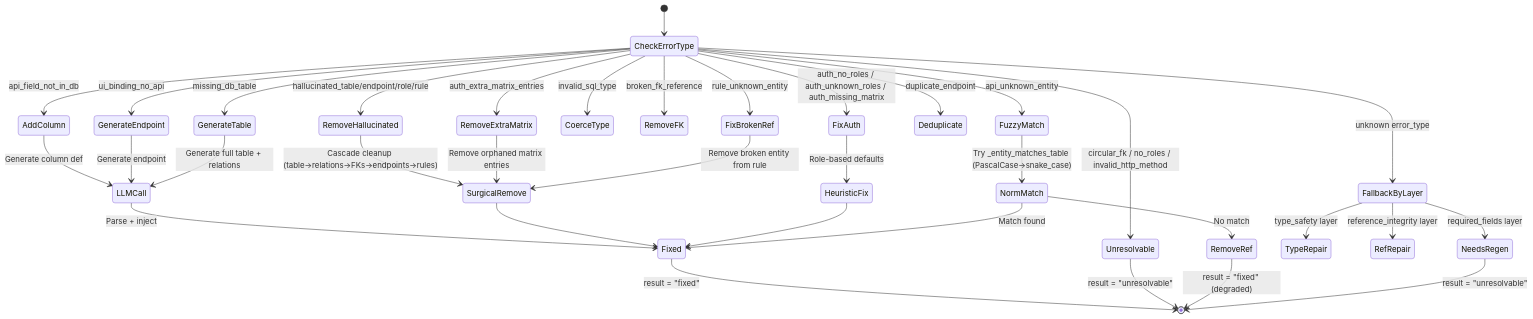
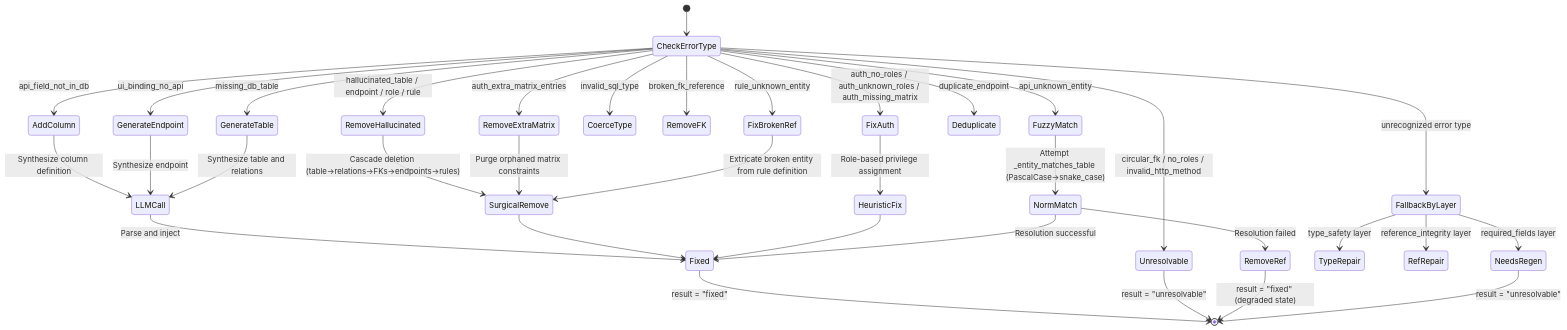
The eighth of 19 diagrams in SOFTWARE_ARCHITECTURE.md (notsooamit/app-compiler), drawn with Mermaid before and after one commit. The commit also changed other lines of this file and 2 other files, not shown here.

Commit message:
Fix Render health check: root route now accepts HEAD requests

````diff
--- a/SOFTWARE_ARCHITECTURE.md
+++ b/SOFTWARE_ARCHITECTURE.md
@@ -409,41 +387,41 @@
 ```mermaid
 stateDiagram-v2
     [*] --> CheckErrorType
 
     CheckErrorType --> AddColumn: api_field_not_in_db
     CheckErrorType --> GenerateEndpoint: ui_binding_no_api
-    CheckErrorType --> RemoveHallucinated: hallucinated_table/endpoint/role/rule
+    CheckErrorType --> RemoveHallucinated: hallucinated_table / endpoint / role / rule
     CheckErrorType --> FixAuth: auth_no_roles / auth_unknown_roles / auth_missing_matrix
     CheckErrorType --> RemoveExtraMatrix: auth_extra_matrix_entries
     CheckErrorType --> CoerceType: invalid_sql_type
     CheckErrorType --> RemoveFK: broken_fk_reference
     CheckErrorType --> GenerateTable: missing_db_table
     CheckErrorType --> FuzzyMatch: api_unknown_entity
     CheckErrorType --> Deduplicate: duplicate_endpoint
     CheckErrorType --> FixBrokenRef: rule_unknown_entity
     CheckErrorType --> Unresolvable: circular_fk / no_roles / invalid_http_method
-    CheckErrorType --> FallbackByLayer: unknown error_type
+    CheckErrorType --> FallbackByLayer: unrecognized error type
 
-    AddColumn --> LLMCall: Generate column def
-    GenerateEndpoint --> LLMCall: Generate endpoint
-    GenerateTable --> LLMCall: Generate full table + relations
-    RemoveHallucinated --> SurgicalRemove: Cascade cleanup (table→relations→FKs→endpoints→rules)
-    FixAuth --> HeuristicFix: Role-based defaults
-    RemoveExtraMatrix --> SurgicalRemove: Remove orphaned matrix entries
-    FuzzyMatch --> NormMatch: Try _entity_matches_table (PascalCase→snake_case)
-    FixBrokenRef --> SurgicalRemove: Remove broken entity from rule
+    AddColumn --> LLMCall: Synthesize column definition
+    GenerateEndpoint --> LLMCall: Synthesize endpoint
+    GenerateTable --> LLMCall: Synthesize table and relations
+    RemoveHallucinated --> SurgicalRemove: Cascade deletion (table→relations→FKs→endpoints→rules)
+    FixAuth --> HeuristicFix: Role-based privilege assignment
+    RemoveExtraMatrix --> SurgicalRemove: Purge orphaned matrix constraints
+    FuzzyMatch --> NormMatch: Attempt _entity_matches_table (PascalCase→snake_case)
+    FixBrokenRef --> SurgicalRemove: Extricate broken entity from rule definition
     
-    LLMCall --> Fixed: Parse + inject
+    LLMCall --> Fixed: Parse and inject
     SurgicalRemove --> Fixed
     HeuristicFix --> Fixed
-    NormMatch --> Fixed: Match found
-    NormMatch --> RemoveRef: No match
+    NormMatch --> Fixed: Resolution successful
+    NormMatch --> RemoveRef: Resolution failed
     FallbackByLayer --> TypeRepair: type_safety layer
     FallbackByLayer --> RefRepair: reference_integrity layer
     FallbackByLayer --> NeedsRegen: required_fields layer
     
     Fixed --> [*]: result = "fixed"
     Unresolvable --> [*]: result = "unresolvable"
-    RemoveRef --> [*]: result = "fixed" (degraded)
+    RemoveRef --> [*]: result = "fixed" (degraded state)
     NeedsRegen --> [*]: result = "unresolvable"
 ```
````
